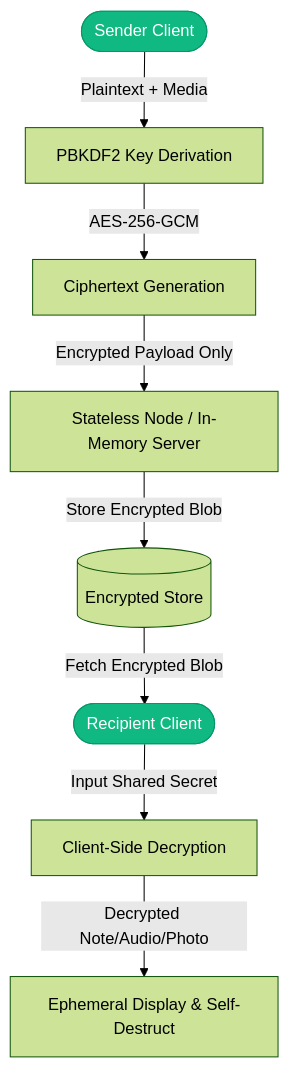
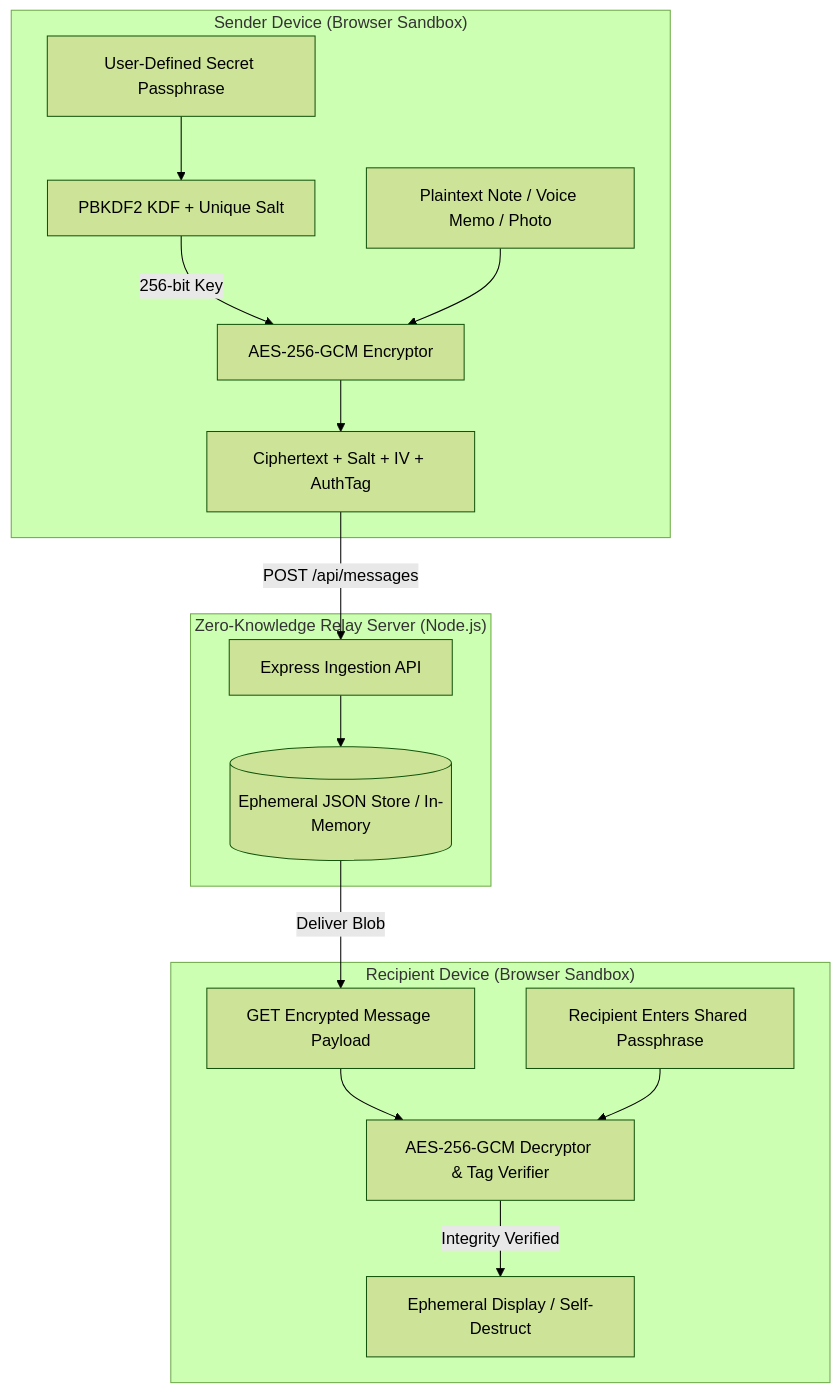
The first of 2 diagrams in README.md (StratagemVX/SDC-Level-3), drawn with Mermaid (forest theme) before and after one commit. The commit also changed other lines of this file, not shown here.

````diff
--- a/README.md
+++ b/README.md
@@ -53,12 +47,34 @@
 ```mermaid
 flowchart TD
-    Sender([Sender Client]):::client -->|Plaintext + Media| KeyGen[PBKDF2 Key Derivation]
-    KeyGen -->|AES-256-GCM| Encrypt[Ciphertext Generation]
-    Encrypt -->|Encrypted Payload Only| Server[Stateless Node / In-Memory Server]
-    Server -->|Store Encrypted Blob| Vault[(Encrypted Store)]
-    Vault -->|Fetch Encrypted Blob| Receiver([Recipient Client]):::client
-    Receiver -->|Input Shared Secret| Decrypt[Client-Side Decryption]
-    Decrypt -->|Decrypted Note/Audio/Photo| View[Ephemeral Display & Self-Destruct]
+    subgraph Sender["Sender Device (Browser Sandbox)"]
+        RawInput[Plaintext Note / Voice Memo / Photo]
+        Pass[User-Defined Secret Passphrase]
+        KDF[PBKDF2 KDF + Unique Salt]
+        AES[AES-256-GCM Encryptor]
+        Blob[Ciphertext + Salt + IV + AuthTag]
 
-    classDef client fill:#10b981,stroke:#059669,color:#fff;
+        Pass --> KDF
+        KDF -->|256-bit Key| AES
+        RawInput --> AES
+        AES --> Blob
+    end
+
+    subgraph Relay["Zero-Knowledge Relay Server (Node.js)"]
+        API[Express Ingestion API]
+        Store[(Ephemeral JSON Store / In-Memory)]
+        Blob -->|POST /api/messages| API
+        API --> Store
+    end
+
+    subgraph Recipient["Recipient Device (Browser Sandbox)"]
+        Fetch[GET Encrypted Message Payload]
+        UserPass[Recipient Enters Shared Passphrase]
+        ClientDec[AES-256-GCM Decryptor & Tag Verifier]
+        View[Ephemeral Display / Self-Destruct]
+
+        Store -->|Deliver Blob| Fetch
+        Fetch --> ClientDec
+        UserPass --> ClientDec
+        ClientDec -->|Integrity Verified| View
+    end
 ```
````
